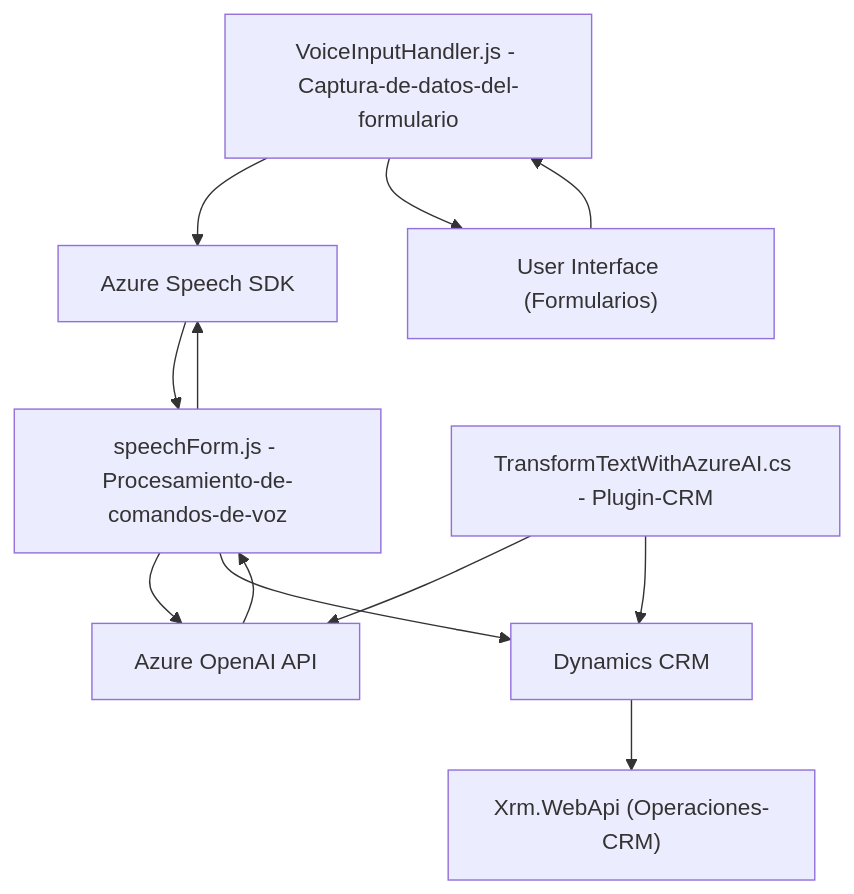
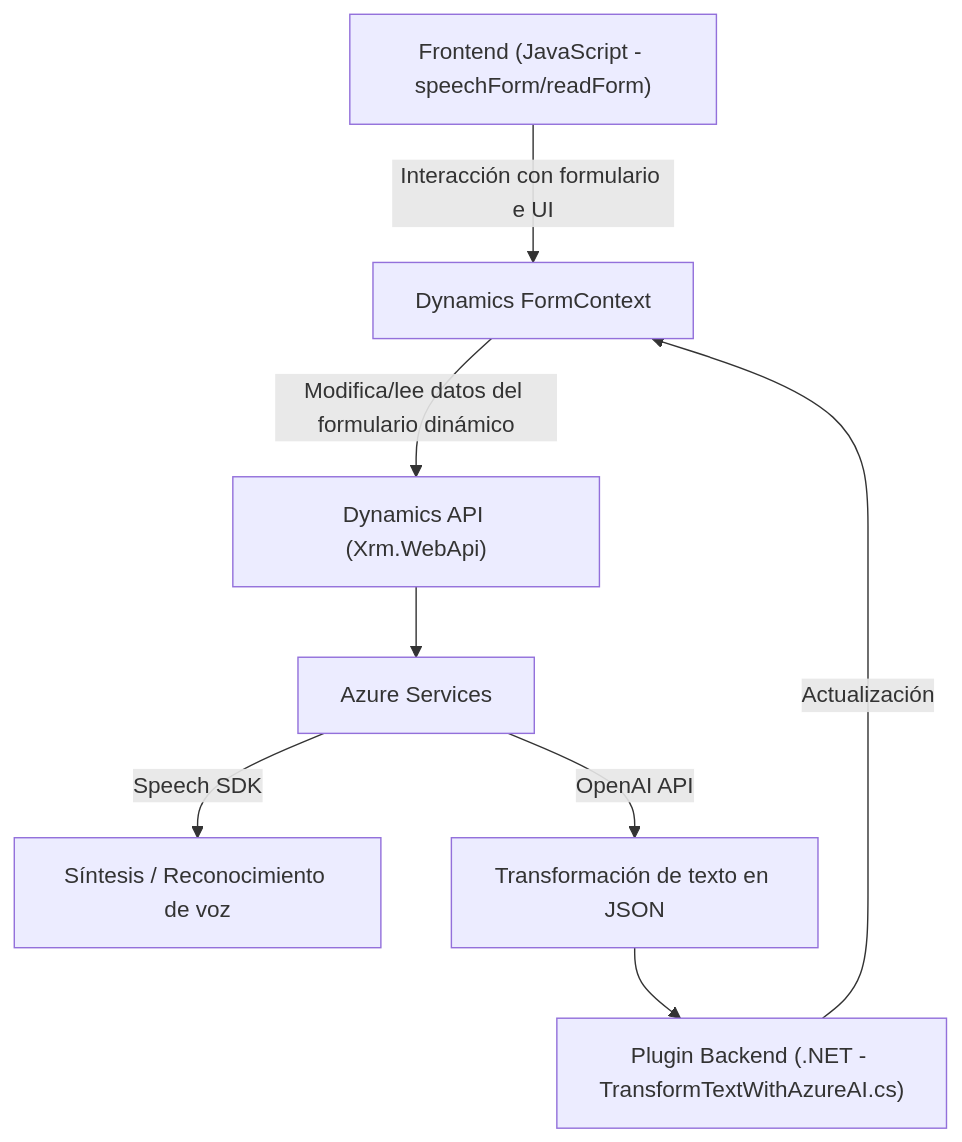
The diagram in README.md (blopezdm/NETCORE_BILBAO2025), drawn with Mermaid before and after one commit. The commit also changed other lines of this file, not shown here.

Commit message:
Actualizar análisis global de la solución con IA

````diff
--- a/README.md
+++ b/README.md
@@ -41,23 +59,10 @@
 ```mermaid
 graph TD
-    A["VoiceInputHandler.js - Captura-de-datos-del-formulario"]
-    B["speechForm.js - Procesamiento-de-comandos-de-voz"]
-    C["TransformTextWithAzureAI.cs - Plugin-CRM"]
-    D["Azure Speech SDK"]
-    E["Azure OpenAI API"]
-    F["User Interface (Formularios)"]
-    G["Dynamics CRM"]
-    H["Xrm.WebApi (Operaciones-CRM)"]
-
-    F --> A
-    A --> D
-    B --> D
-    B --> E
-    A --> F
-    D --> B
-    E --> B
-    C --> E
-    C --> G
-    B --> G
-    G --> H
+  A["Frontend (JavaScript - speechForm/readForm)"] -->|Interacción con formulario e UI| B["Dynamics FormContext"]
+  B -->|Modifica/lee datos del formulario dinámico| C["Dynamics API (Xrm.WebApi)"]
+  C --> D["Azure Services"]
+  D -->|Speech SDK| E["Síntesis / Reconocimiento de voz"]
+  D -->|OpenAI API| F["Transformación de texto en JSON"]
+  F --> G["Plugin Backend (.NET - TransformTextWithAzureAI.cs)"]
+  G -->|Actualización| B
 ```
````
